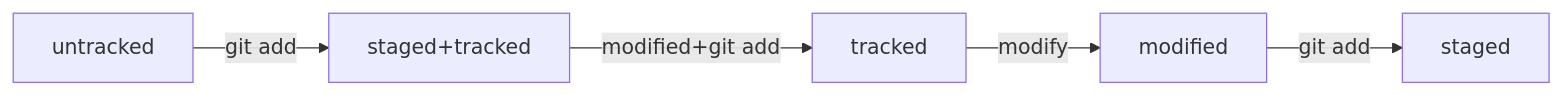
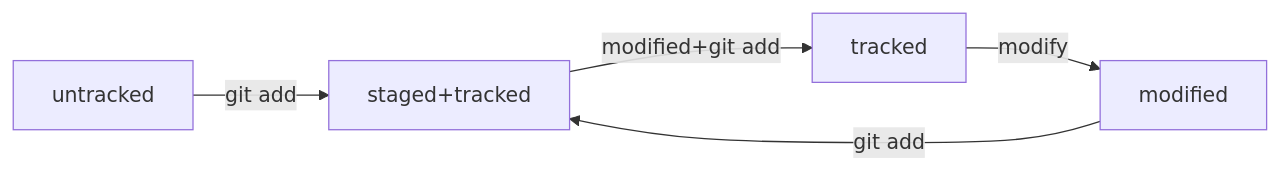
Before and after one commit to XandrAsh/git_lesson: the diagram in README.md, drawn with Mermaid.

Commit message:
fix: mermaid shema updated

````diff
--- a/README.md
+++ b/README.md
@@ -122,8 +122,8 @@
 ```mermaid
 %% description of scheme
 graph LR;
   untracked -- "git add" --> staged+tracked;
   staged+tracked    -- "modified+git add"     --> tracked
   tracked -- "modify" --> modified
-  modified -- "git add" --> staged
+  modified -- "git add" --> staged+tracked
 ```
````
